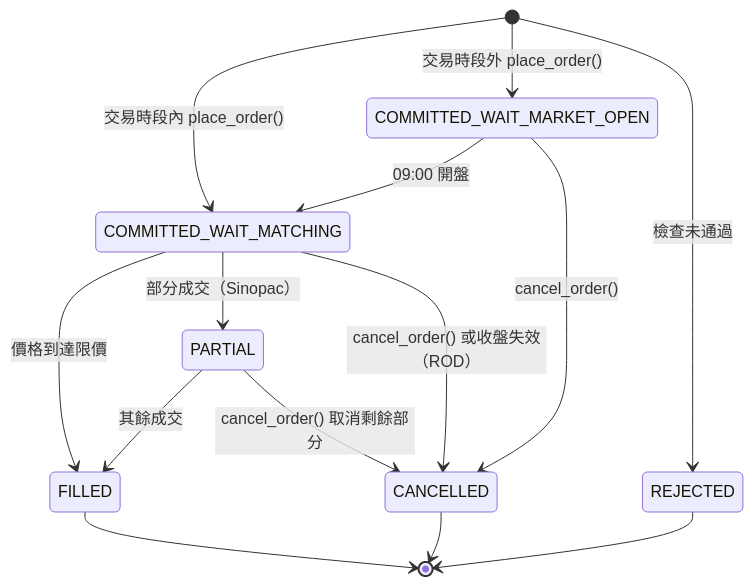
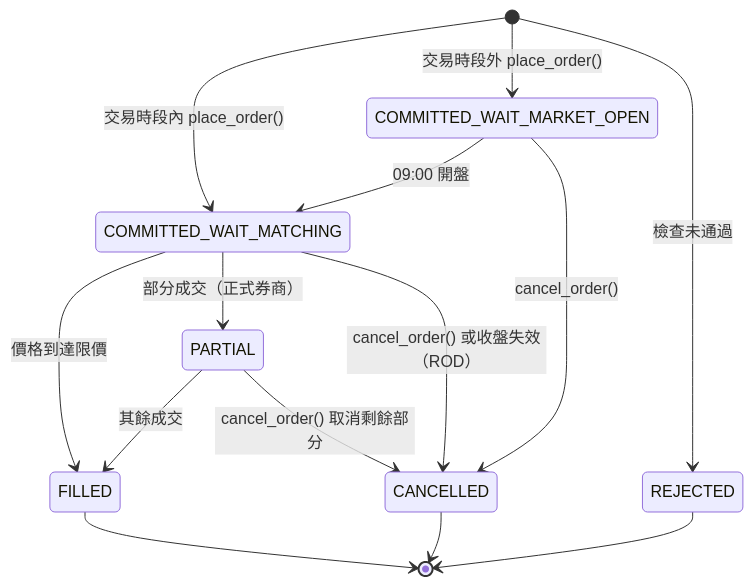
One commit to jackiesogi/CJTrade changed the diagram in doc/get-started/account-and-orders.zh-TW.md. Above: the diagram before and after it, drawn with Mermaid. The commit also changed 21 other files, not shown here.

````diff
--- a/doc/get-started/account-and-orders.zh-TW.md
+++ b/doc/get-started/account-and-orders.zh-TW.md
@@ -9,16 +9,16 @@
 ```mermaid
 stateDiagram-v2
     [*] --> COMMITTED_WAIT_MATCHING: 交易時段內 place_order()
     [*] --> COMMITTED_WAIT_MARKET_OPEN: 交易時段外 place_order()
     [*] --> REJECTED: 檢查未通過
     COMMITTED_WAIT_MARKET_OPEN --> COMMITTED_WAIT_MATCHING: 09:00 開盤
     COMMITTED_WAIT_MARKET_OPEN --> CANCELLED: cancel_order()
     COMMITTED_WAIT_MATCHING --> FILLED: 價格到達限價
-    COMMITTED_WAIT_MATCHING --> PARTIAL: 部分成交（Sinopac）
+    COMMITTED_WAIT_MATCHING --> PARTIAL: 部分成交（正式券商）
     PARTIAL --> FILLED: 其餘成交
     COMMITTED_WAIT_MATCHING --> CANCELLED: cancel_order() 或收盤失效（ROD）
     PARTIAL --> CANCELLED: cancel_order() 取消剩餘部分
     FILLED --> [*]
     CANCELLED --> [*]
     REJECTED --> [*]
 ```
````
